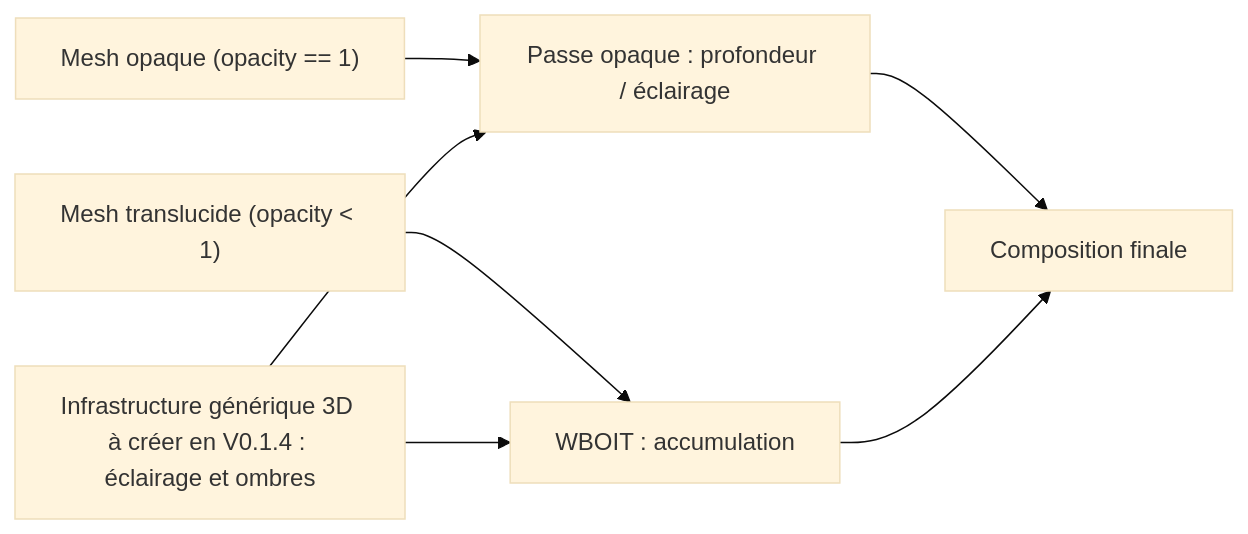
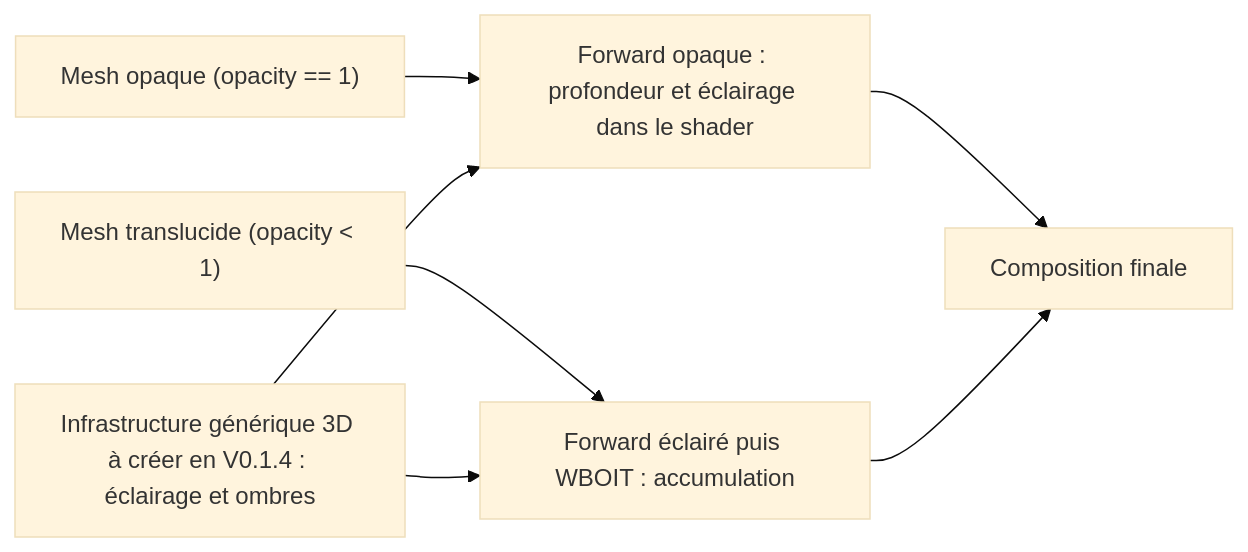
Before and after one commit to EreliaStudio/Sparkle: the eighth of 8 diagrams in docs/voxel-engine-v0.1.4-specification.md, drawn with Mermaid (base theme). The commit also changed other lines of this file, not shown here.

Commit message:
docs: select forward lighting for generic 3D render pipeline

````diff
--- a/docs/voxel-engine-v0.1.4-specification.md
+++ b/docs/voxel-engine-v0.1.4-specification.md
@@ -652,9 +656,9 @@
 ```mermaid
 flowchart LR
-  A["Mesh opaque (opacity == 1)"] --> B["Passe opaque : profondeur / éclairage"]
-  C["Mesh translucide (opacity < 1)"] --> D["WBOIT : accumulation"]
+  A["Mesh opaque (opacity == 1)"] --> B["Forward opaque : profondeur et éclairage dans le shader"]
+  C["Mesh translucide (opacity < 1)"] --> D["Forward éclairé puis WBOIT : accumulation"]
   B --> E["Composition finale"]
   D --> E
   L["Infrastructure générique 3D à créer en V0.1.4 : éclairage et ombres"] --> B
   L --> D
 ```
````
